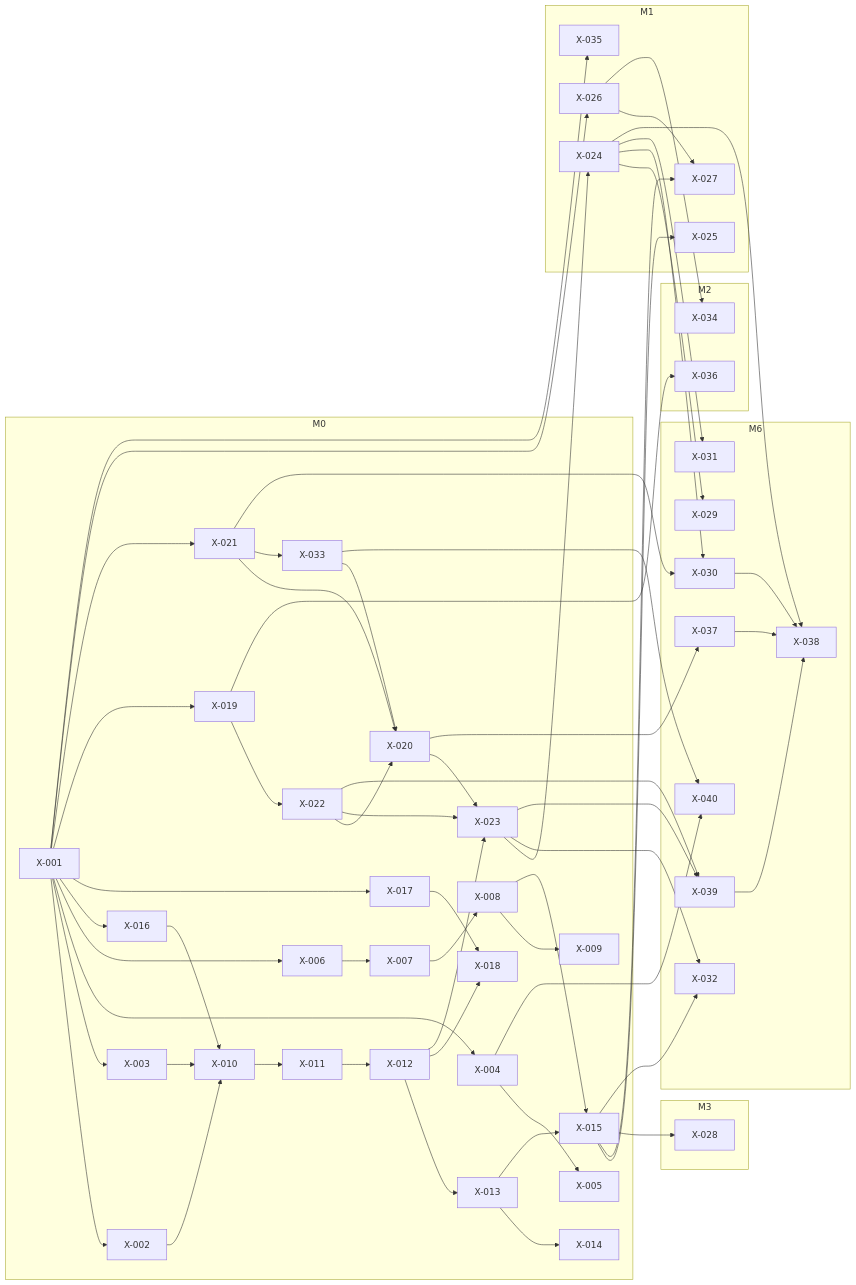
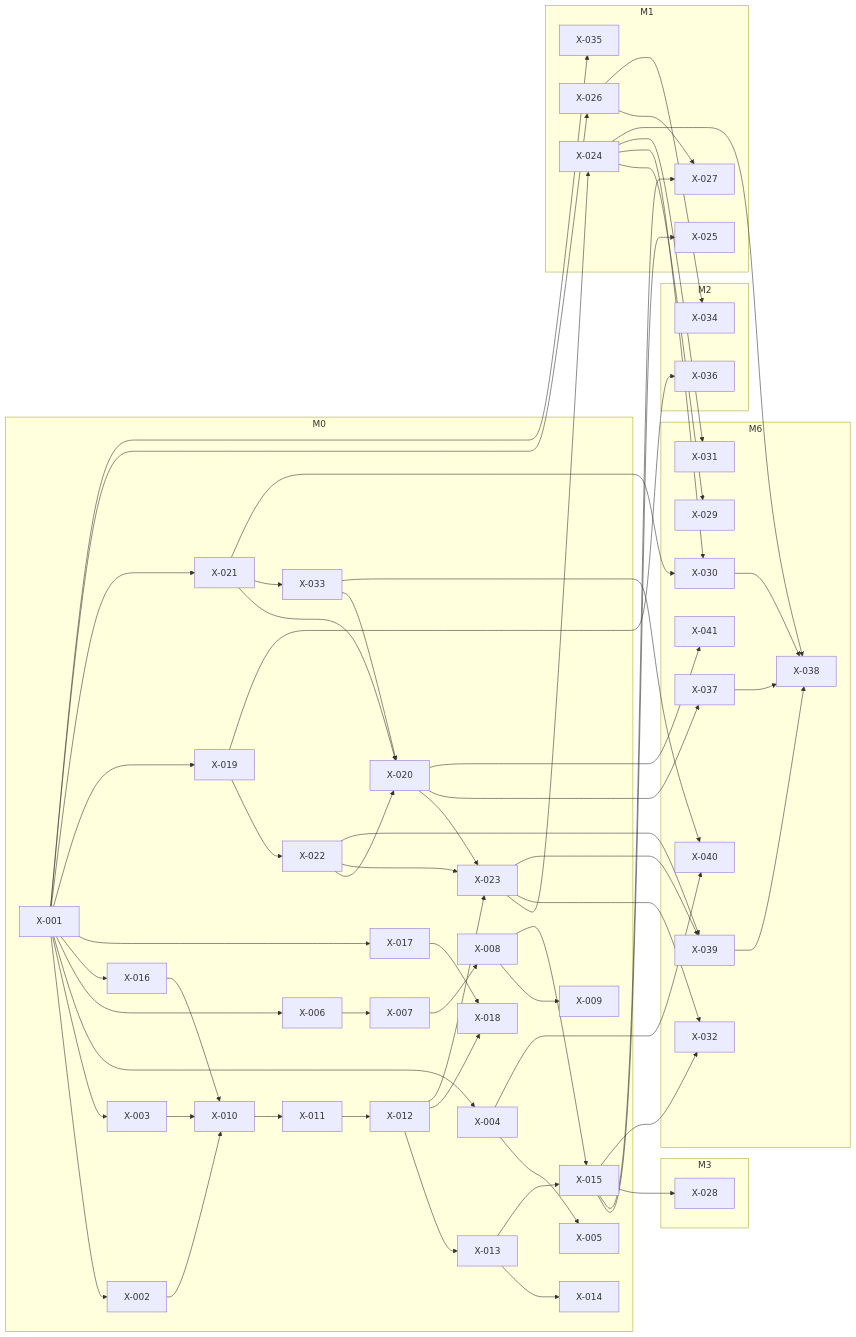
The diagram in docs/mvp/plans/foundation-tasks.md (bhagwati-prasad/velexis-ota), drawn with Mermaid before and after one commit. The commit also changed other lines of this file and 23 other files, not shown here.

````diff
--- a/docs/mvp/plans/foundation-tasks.md
+++ b/docs/mvp/plans/foundation-tasks.md
@@ -1159,6 +1182,7 @@
     X_038["X-038"]
     X_039["X-039"]
     X_040["X-040"]
+    X_041["X-041"]
   end
   X_001 --> X_002
   X_001 --> X_003
@@ -1215,4 +1239,5 @@
   X_023 --> X_039
   X_004 --> X_040
   X_033 --> X_040
+  X_020 --> X_041
 ```
````
